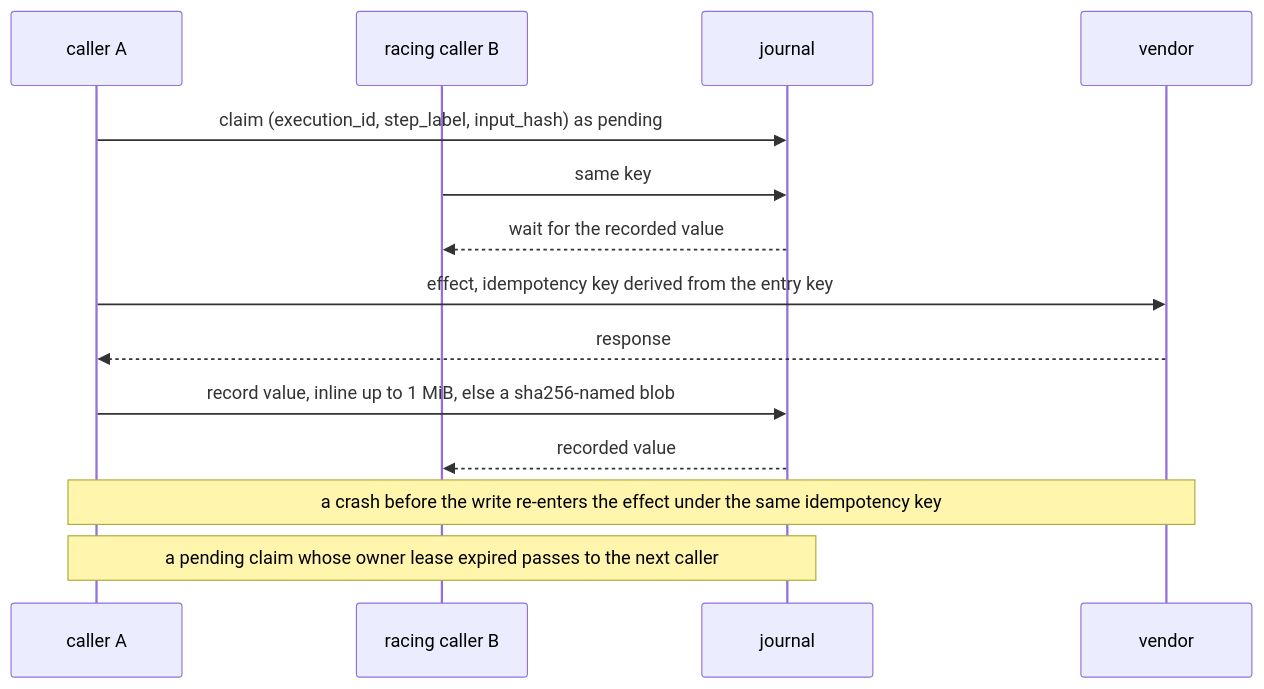
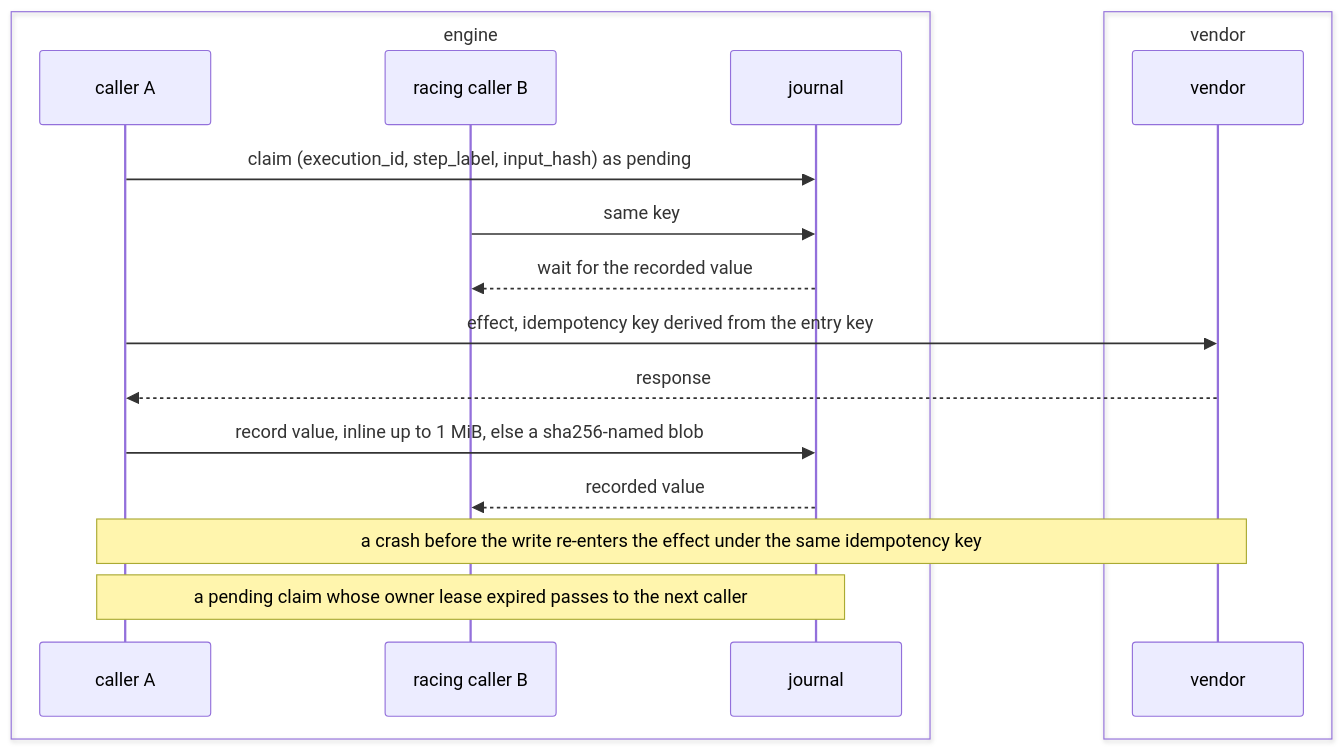
One commit to fractalboxdev/contextful changed the second of 6 diagrams in spec/30-run.md. Above: the diagram before and after it, drawn with Mermaid. The commit also changed other lines of this file and 33 other files, not shown here.

Commit message:
spec: diagrams draw contracts, parties and trust zones as containers; a node standing for one is refused

````diff
--- a/spec/30-run.md
+++ b/spec/30-run.md
@@ -73,16 +91,20 @@
 ```mermaid
 sequenceDiagram
-  participant A as caller A
-  participant B as racing caller B
-  participant J as journal
-  participant V as vendor
+  box engine
+    participant A as caller A
+    participant B as racing caller B
+    participant J as journal
+  end
+  box vendor
+    participant V as vendor
+  end
   A->>J: claim (execution_id, step_label, input_hash) as pending
   B->>J: same key
   J-->>B: wait for the recorded value
   A->>V: effect, idempotency key derived from the entry key
   V-->>A: response
   A->>J: record value, inline up to 1 MiB, else a sha256-named blob
   J-->>B: recorded value
   Note over A,V: a crash before the write re-enters the effect under the same idempotency key
   Note over A,J: a pending claim whose owner lease expired passes to the next caller
 ```
````
